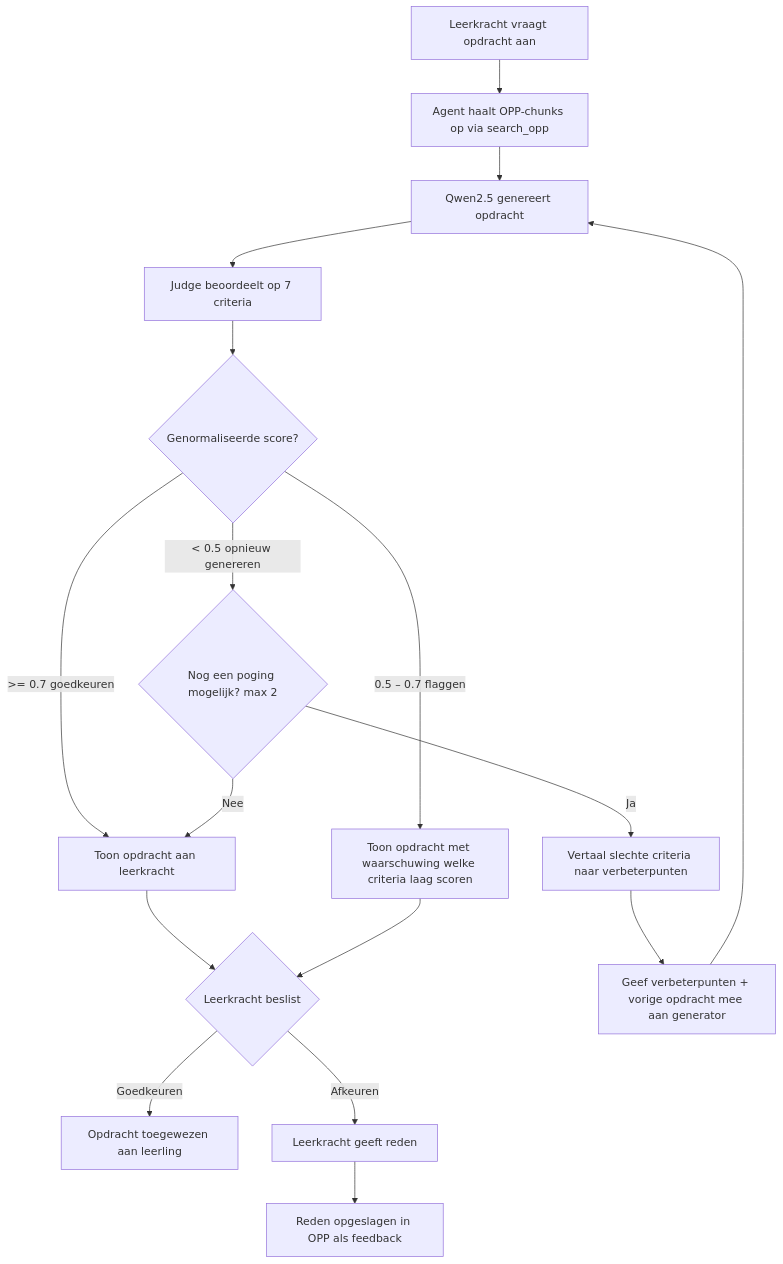
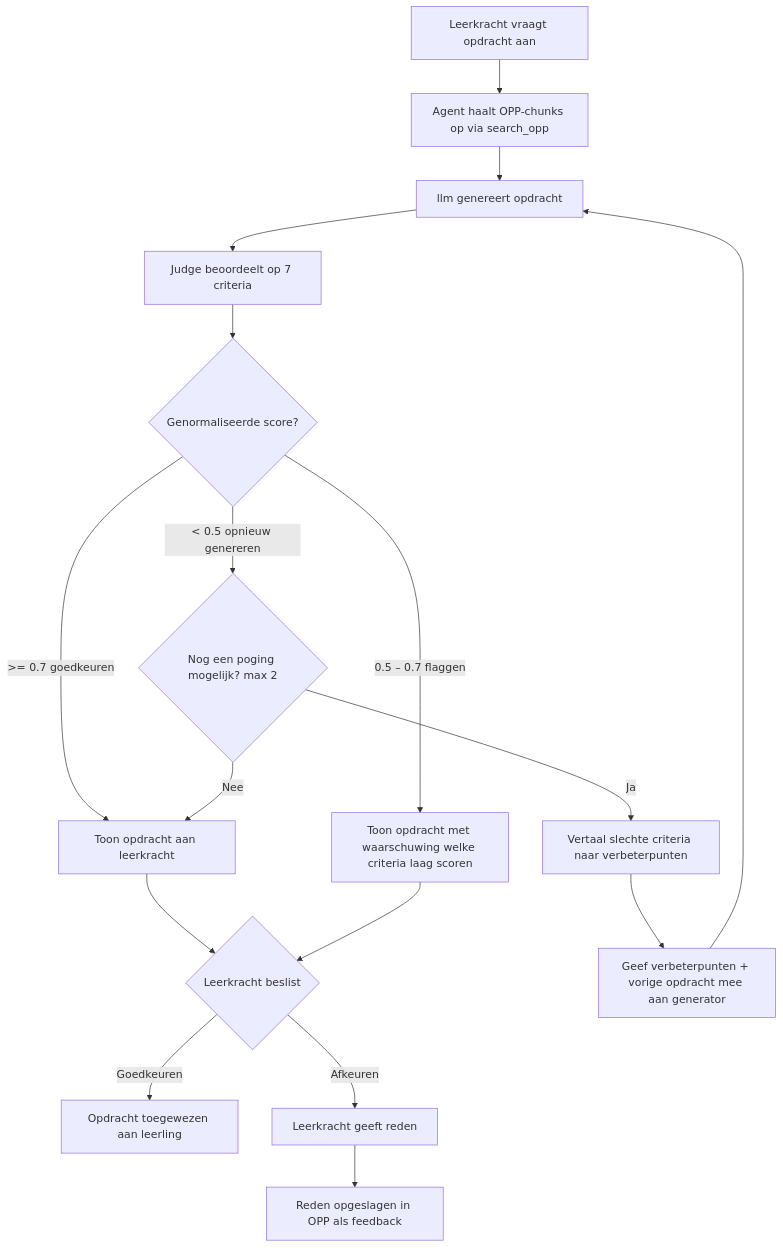
One commit to Jayson123321/Juf-aimee changed the diagram in docs/Ontwerp/llm-as-judge.md. Above: the diagram before and after it, drawn with Mermaid. The commit also changed other lines of this file and 2 other files, not shown here.

````diff
--- a/docs/Ontwerp/llm-as-judge.md
+++ b/docs/Ontwerp/llm-as-judge.md
@@ -62,19 +62,19 @@
 ```mermaid
 flowchart TD
     A[Leerkracht vraagt opdracht aan] --> B[Agent haalt OPP-chunks op via search_opp]
-    B --> C[Qwen2.5 genereert opdracht]
+    B --> C[llm genereert opdracht]
     C --> D[Judge beoordeelt op 7 criteria]
     D --> E{Genormaliseerde score?}
     E -- ">= 0.7 goedkeuren" --> J[Toon opdracht aan leerkracht]
     J --> K{Leerkracht beslist}
     K -- Goedkeuren --> L[Opdracht toegewezen aan leerling]
     K -- Afkeuren --> M[Leerkracht geeft reden]
     M --> N[Reden opgeslagen in OPP als feedback]
     E -- "0.5 – 0.7 flaggen" --> O[Toon opdracht met waarschuwing welke criteria laag scoren]
     O --> K
     E -- "< 0.5 opnieuw genereren" --> G{Nog een poging mogelijk? max 2}
     G -- Ja --> R[Vertaal slechte criteria naar verbeterpunten]
     R --> S[Geef verbeterpunten + vorige opdracht mee aan generator]
     S --> C
     G -- Nee --> J
 ```
````
